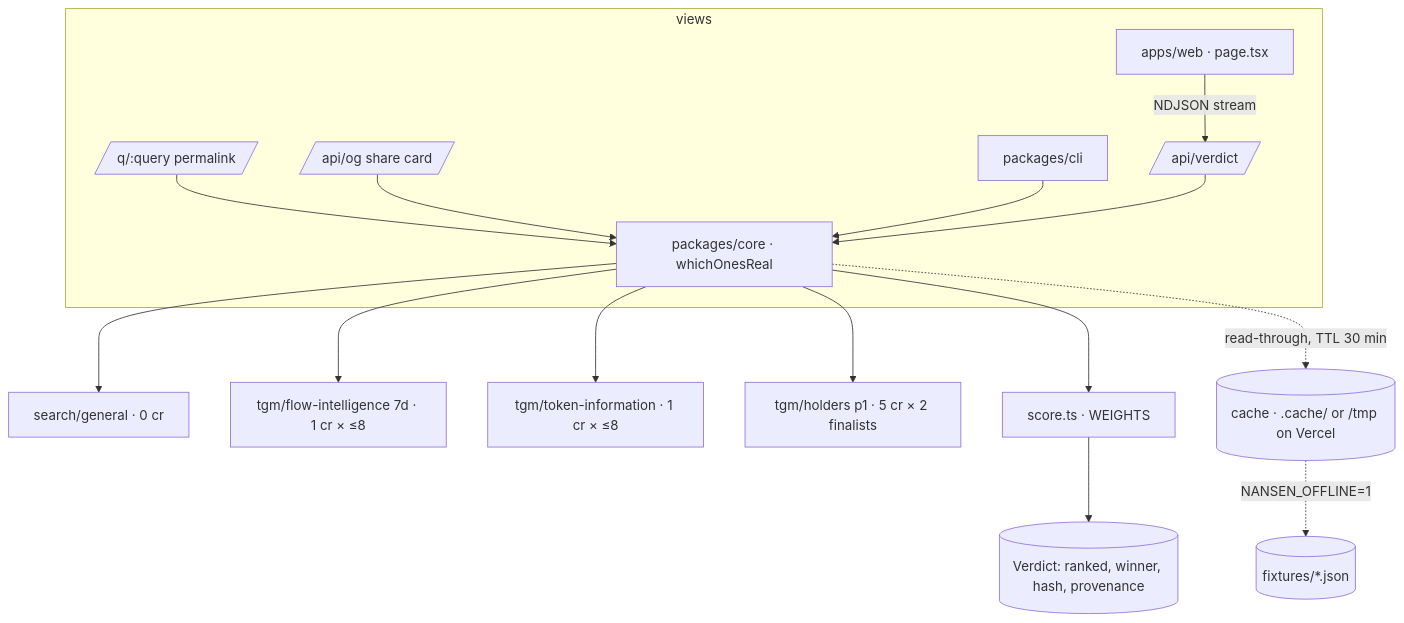
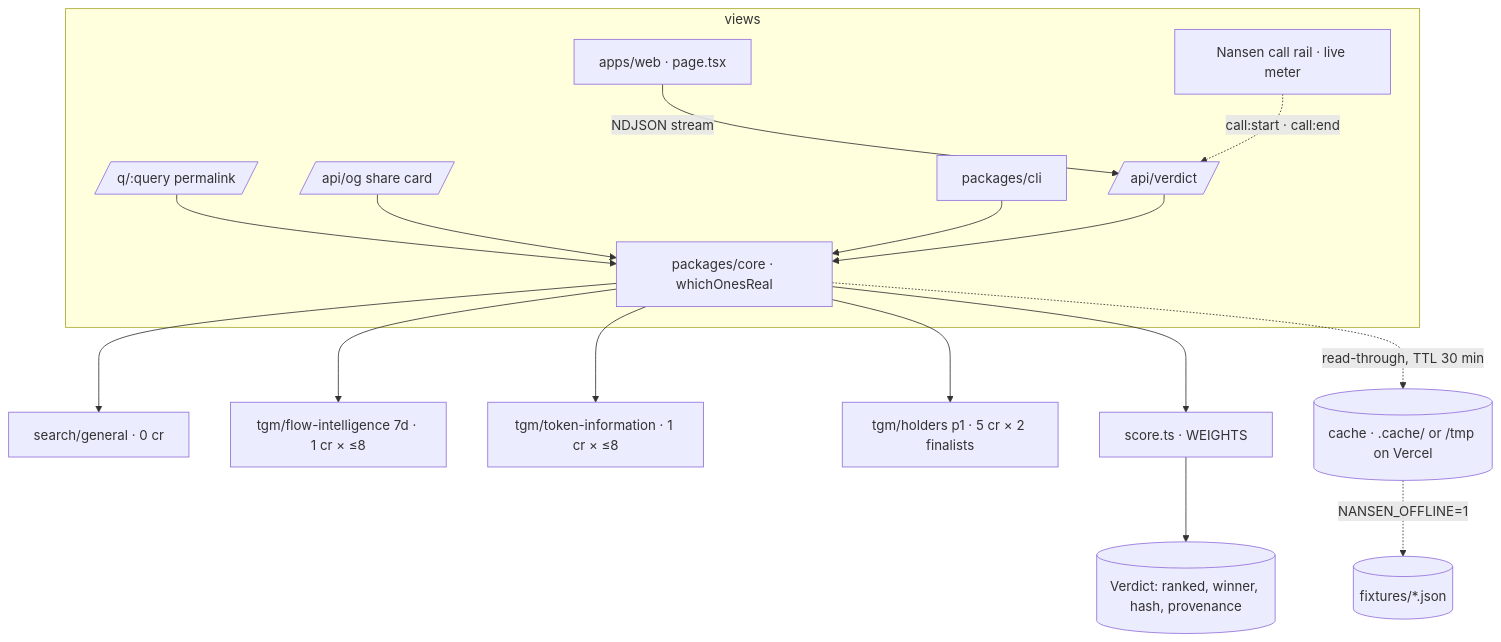
One commit to edycutjong/whichone changed the diagram in ARCHITECTURE.md. Above: the diagram before and after it, drawn with Mermaid. The commit also changed 4 other files, not shown here.

Commit message:
docs(readme): architecture PNG re-rendered with the call rail (HTML → 2× PNG); Mermaid source kept folded in <details>

````diff
--- a/ARCHITECTURE.md
+++ b/ARCHITECTURE.md
@@ -5,18 +5,19 @@
 ```mermaid
 flowchart TB
   subgraph views
     W[apps/web · page.tsx] -->|NDJSON stream| R[/api/verdict/]
+    RL[Nansen call rail · live meter] -.->|call:start · call:end| R
     Q[/q/:query permalink/] --> K
     OG[/api/og share card/] --> K
     C[packages/cli] --> K
   end
   R --> K[packages/core · whichOnesReal]
   K --> S[search/general · 0 cr]
   K --> FI[tgm/flow-intelligence 7d · 1 cr × ≤8]
   K --> TI[tgm/token-information · 1 cr × ≤8]
   K --> H[tgm/holders p1 · 5 cr × 2 finalists]
   K --> SC[score.ts · WEIGHTS]
   SC --> V[(Verdict: ranked, winner, hash, provenance)]
   K -. read-through, TTL 30 min .-> CA[(cache · .cache/ or /tmp on Vercel)]
   CA -. NANSEN_OFFLINE=1 .-> FX[(fixtures/*.json)]
 ```
````
